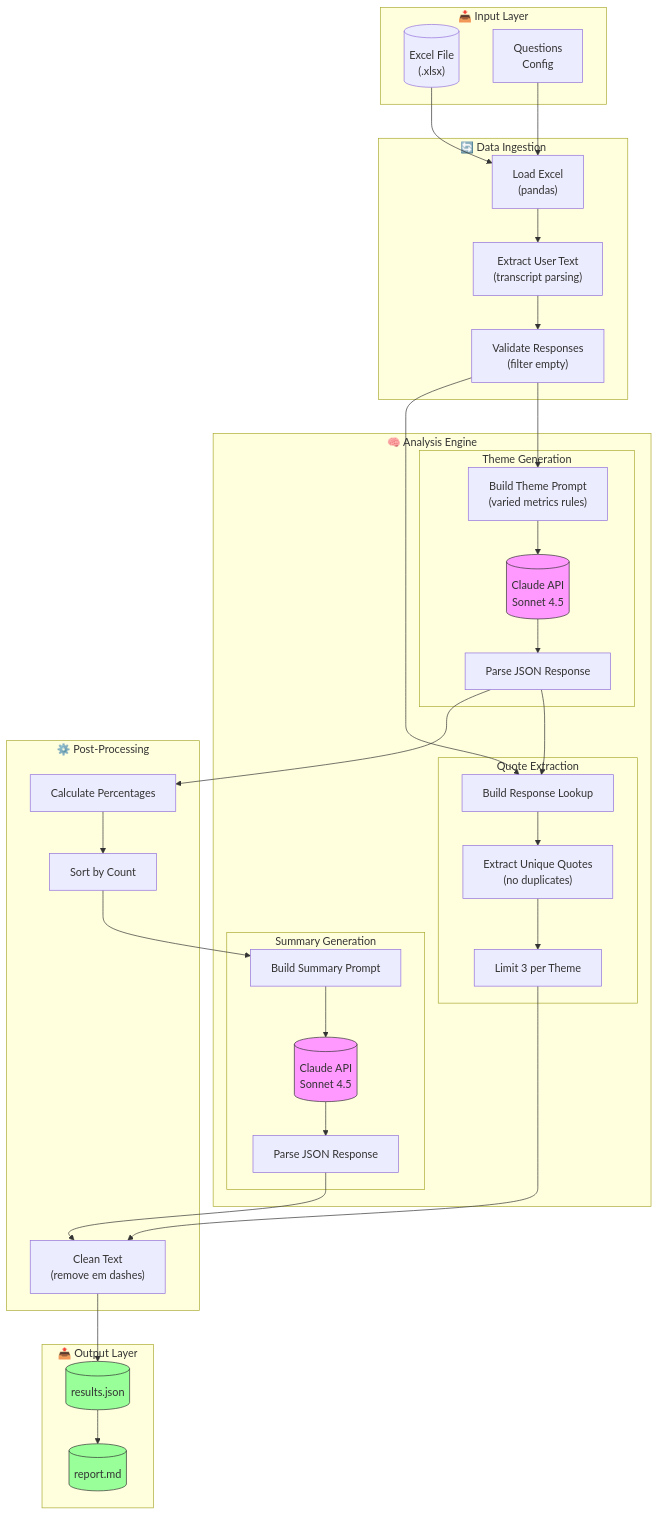
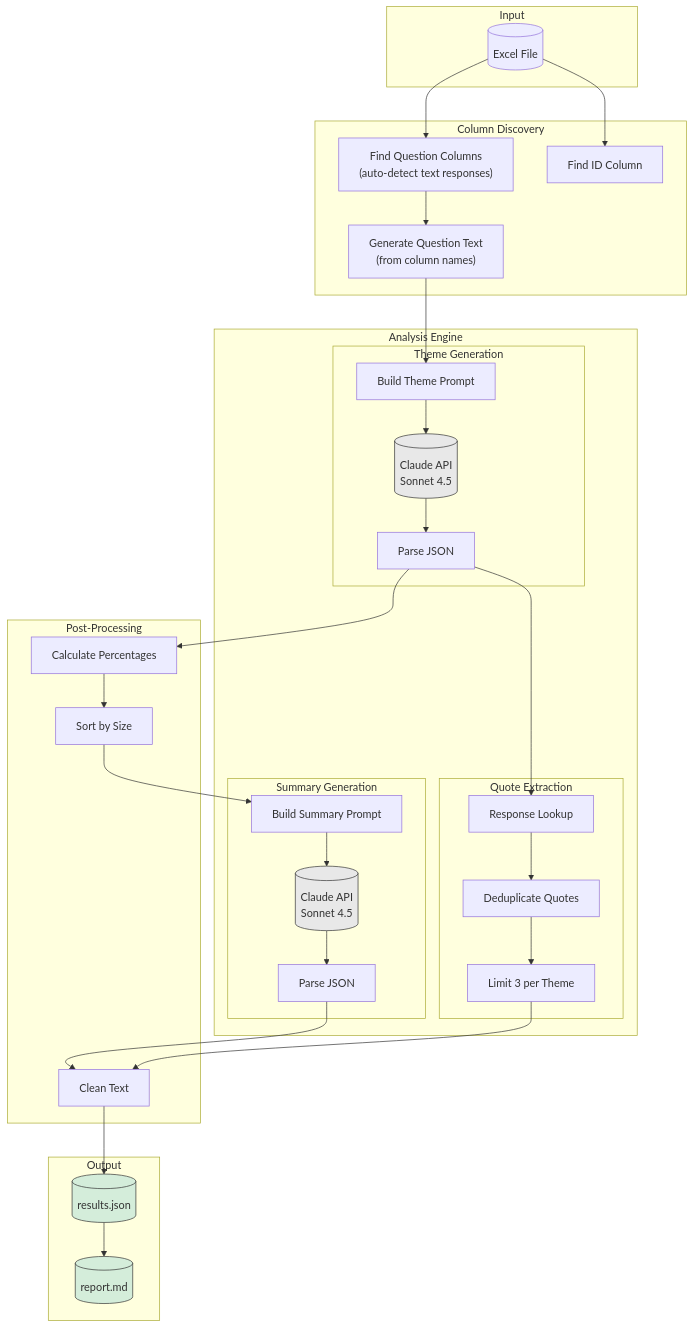
One commit to jameswniu/research_doc_extraction_rag_agent changed the diagram in README.md. Above: the diagram before and after it, drawn with Mermaid. The commit also changed other lines of this file and 4 other files, not shown here.

Commit message:
Remove hardcoded questions - extract dynamically from Excel

````diff
--- a/README.md
+++ b/README.md
@@ -7,76 +7,73 @@
 ```mermaid
 flowchart TB
-    subgraph Input["📥 Input Layer"]
-        EXCEL[("Excel File<br/>(.xlsx)")]
-        CONFIG["Questions<br/>Config"]
+    subgraph Input["Input"]
+        EXCEL[("Excel File")]
     end
 
-    subgraph Ingestion["🔄 Data Ingestion"]
-        LOAD["Load Excel<br/>(pandas)"]
-        EXTRACT["Extract User Text<br/>(transcript parsing)"]
-        VALIDATE["Validate Responses<br/>(filter empty)"]
+    subgraph Discovery["Column Discovery"]
+        FIND_ID["Find ID Column"]
+        FIND_QS["Find Question Columns<br/>(auto-detect text responses)"]
+        GEN_Q["Generate Question Text<br/>(from column names)"]
     end
 
-    subgraph Analysis["🧠 Analysis Engine"]
+    subgraph Analysis["Analysis Engine"]
         subgraph ThemeGen["Theme Generation"]
-            PROMPT1["Build Theme Prompt<br/>(varied metrics rules)"]
+            PROMPT1["Build Theme Prompt"]
             CLAUDE1[("Claude API<br/>Sonnet 4.5")]
-            PARSE1["Parse JSON Response"]
+            PARSE1["Parse JSON"]
         end
         
         subgraph QuoteExt["Quote Extraction"]
-            LOOKUP["Build Response Lookup"]
-            UNIQUE["Extract Unique Quotes<br/>(no duplicates)"]
+            LOOKUP["Response Lookup"]
+            UNIQUE["Deduplicate Quotes"]
             LIMIT["Limit 3 per Theme"]
         end
         
         subgraph SummaryGen["Summary Generation"]
             PROMPT2["Build Summary Prompt"]
             CLAUDE2[("Claude API<br/>Sonnet 4.5")]
-            PARSE2["Parse JSON Response"]
+            PARSE2["Parse JSON"]
         end
     end
 
-    subgraph Processing["⚙️ Post-Processing"]
+    subgraph Processing["Post-Processing"]
         CALC["Calculate Percentages"]
-        SORT["Sort by Count"]
-        CLEAN["Clean Text<br/>(remove em dashes)"]
+        SORT["Sort by Size"]
+        CLEAN["Clean Text"]
     end
 
-    subgraph Output["📤 Output Layer"]
+    subgraph Output["Output"]
         JSON[("results.json")]
         MD[("report.md")]
     end
 
-    EXCEL --> LOAD
-    CONFIG --> LOAD
-    LOAD --> EXTRACT
-    EXTRACT --> VALIDATE
+    EXCEL --> FIND_ID
+    EXCEL --> FIND_QS
+    FIND_QS --> GEN_Q
     
-    VALIDATE --> PROMPT1
+    GEN_Q --> PROMPT1
     PROMPT1 --> CLAUDE1
     CLAUDE1 --> PARSE1
     
     PARSE1 --> LOOKUP
-    VALIDATE --> LOOKUP
     LOOKUP --> UNIQUE
     UNIQUE --> LIMIT
     
     PARSE1 --> CALC
     CALC --> SORT
     SORT --> PROMPT2
     
     PROMPT2 --> CLAUDE2
     CLAUDE2 --> PARSE2
     
     LIMIT --> CLEAN
     PARSE2 --> CLEAN
     
     CLEAN --> JSON
     JSON --> MD
 
-    style CLAUDE1 fill:#f9f,stroke:#333
-    style CLAUDE2 fill:#f9f,stroke:#333
-    style JSON fill:#9f9,stroke:#333
-    style MD fill:#9f9,stroke:#333
+    style CLAUDE1 fill:#e8e8e8,stroke:#333
+    style CLAUDE2 fill:#e8e8e8,stroke:#333
+    style JSON fill:#d4edda,stroke:#333
+    style MD fill:#d4edda,stroke:#333
 ```
````
